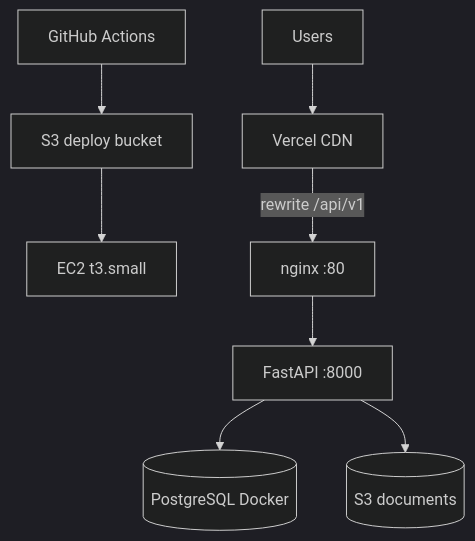
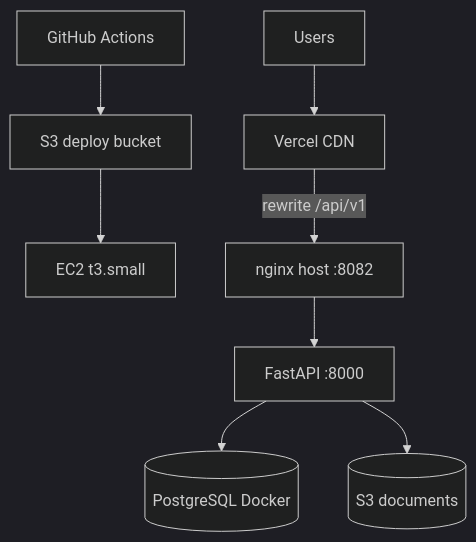
The diagram in docs/deploy/CI_CD.md (gvsharma/krishifarms-backend), drawn with Mermaid (dark theme) before and after one commit. The commit also changed other lines of this file and 5 other files, not shown here.

````diff
--- a/docs/deploy/CI_CD.md
+++ b/docs/deploy/CI_CD.md
@@ -16,19 +16,19 @@
 ```mermaid
 flowchart TB
   User[Users]
   Vercel[Vercel CDN]
   EC2[EC2 t3.small]
-  NGINX[nginx :80]
+  NGINX[nginx host :8082]
   API[FastAPI :8000]
   PG[(PostgreSQL Docker)]
   S3[(S3 documents)]
   GHA[GitHub Actions]
   S3Deploy[S3 deploy bucket]
 
   User --> Vercel
   Vercel -->|rewrite /api/v1| NGINX
   GHA --> S3Deploy --> EC2
   NGINX --> API
   API --> PG
   API --> S3
 ```
````
